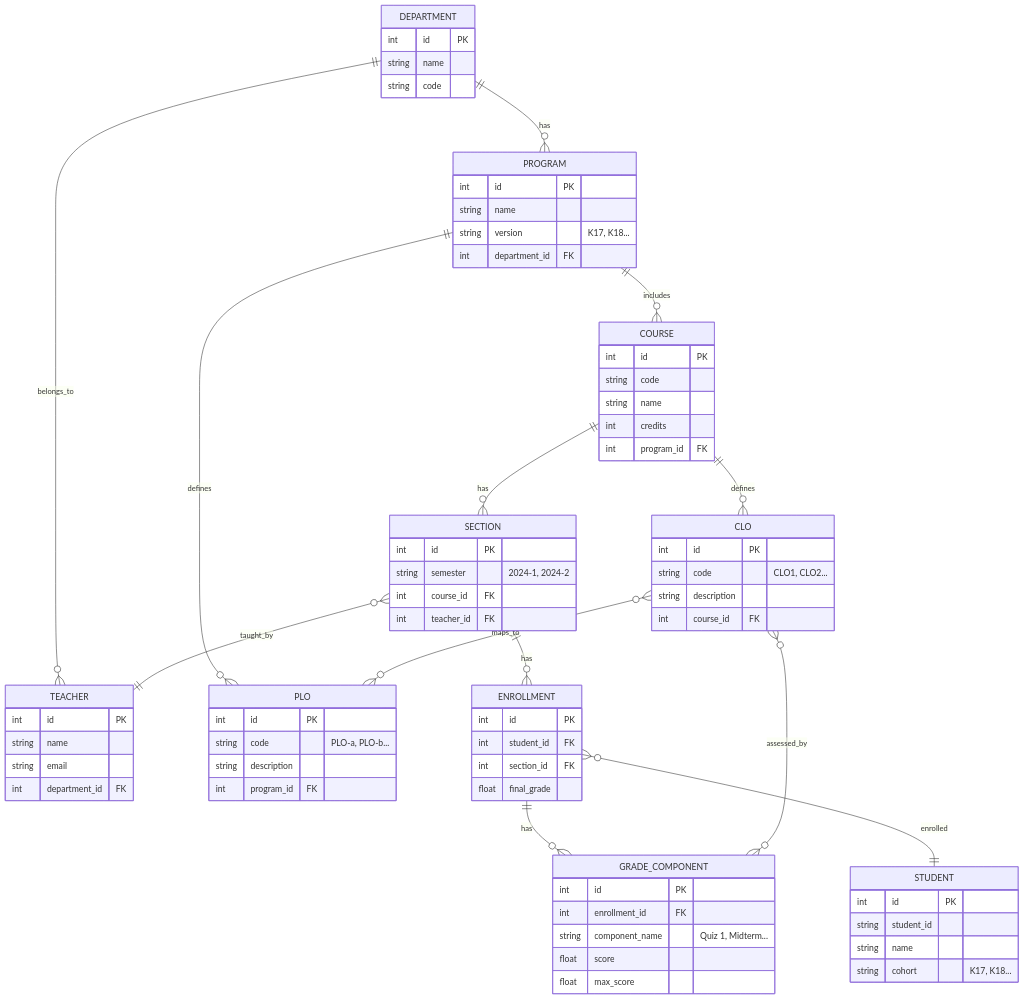
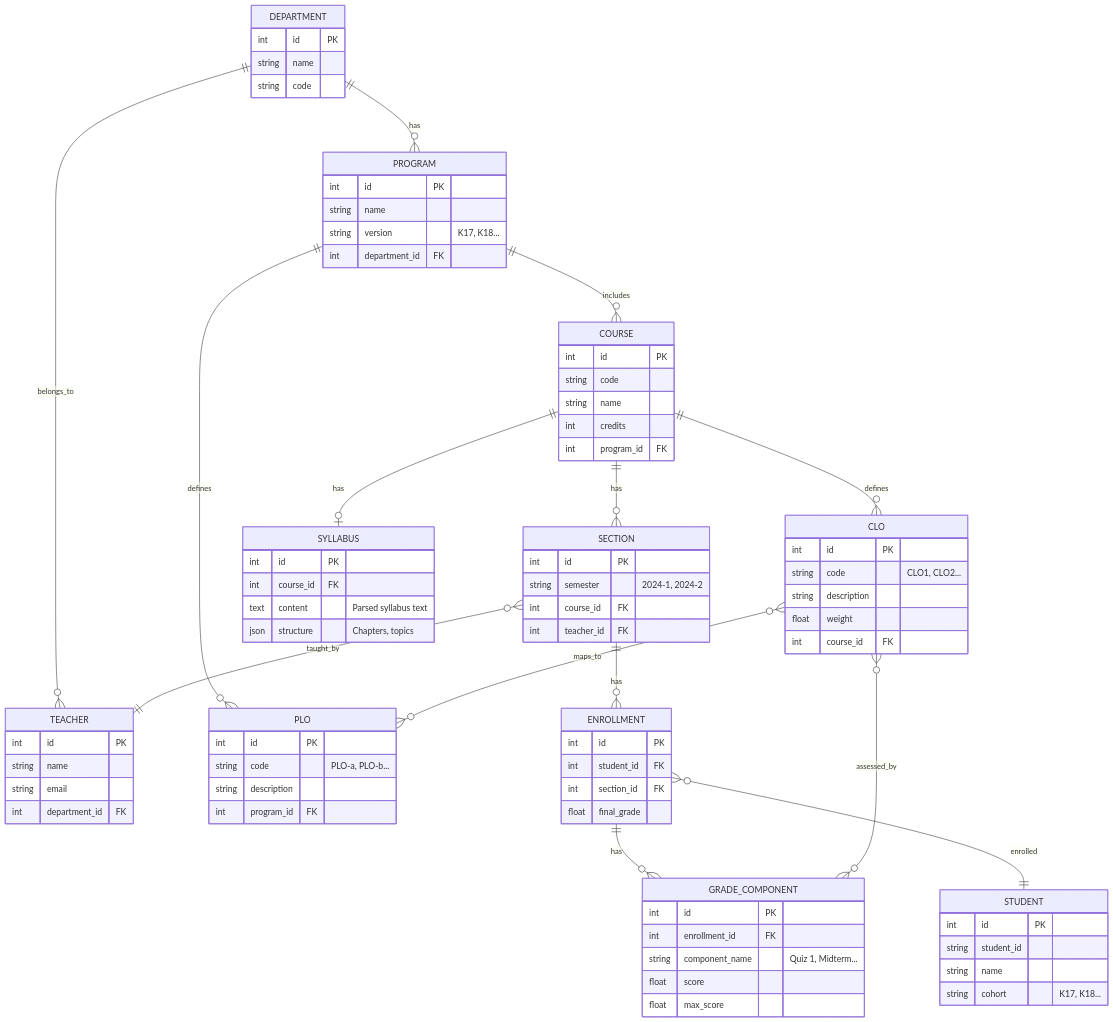
Before and after one commit to ritvien/-Learning-Analytics-AI: the fifth of 6 diagrams in docs/02-PRD/PRD.md, drawn with Mermaid. The commit also changed other lines of this file and 5 other files, not shown here.

```diff
--- a/docs/02-PRD/PRD.md
+++ b/docs/02-PRD/PRD.md
@@ -148,6 +307,7 @@
     PROGRAM ||--o{ PLO : defines
     COURSE ||--o{ CLO : defines
     COURSE ||--o{ SECTION : has
+    COURSE ||--o| SYLLABUS : has
     SECTION }o--|| TEACHER : taught_by
     SECTION ||--o{ ENROLLMENT : has
     ENROLLMENT }o--|| STUDENT : enrolled
@@ -173,10 +333,17 @@
         int credits
         int program_id FK
     }
+    SYLLABUS {
+        int id PK
+        int course_id FK
+        text content "Parsed syllabus text"
+        json structure "Chapters, topics"
+    }
     CLO {
         int id PK
         string code "CLO1, CLO2..."
         string description
+        float weight
         int course_id FK
     }
     PLO {
```
